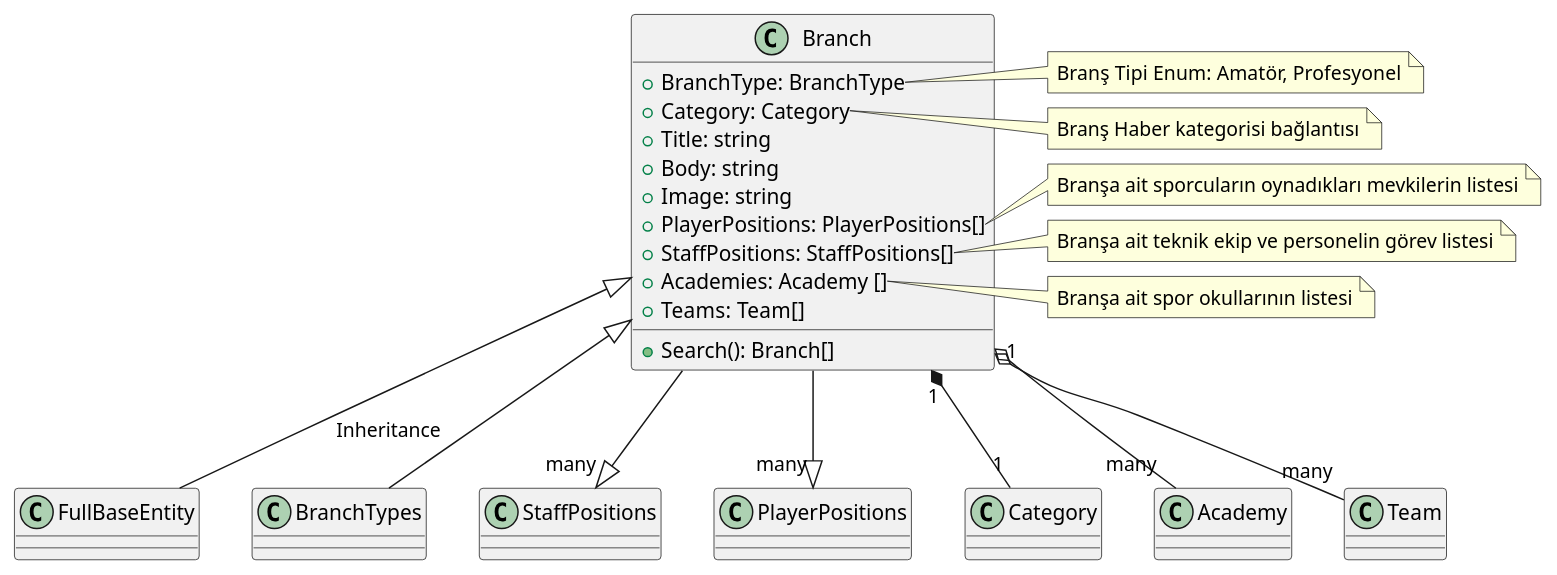
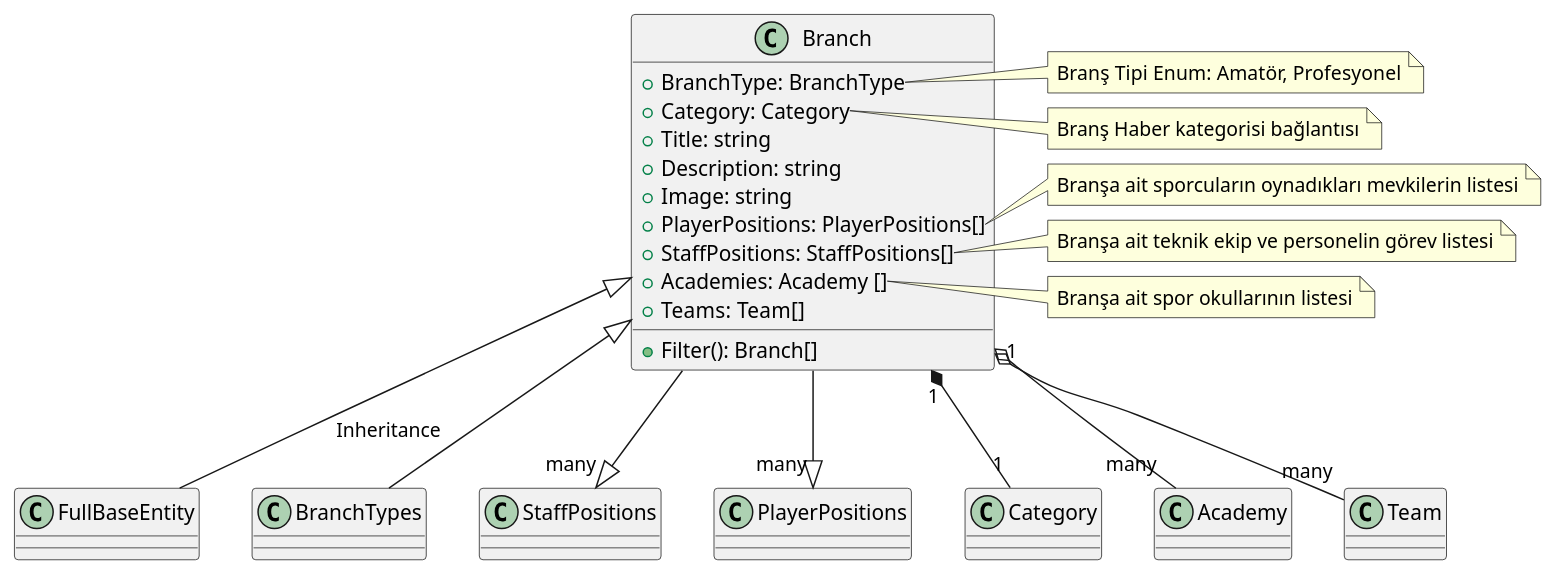
One commit to evrendev/sport-club changed the diagram in uml/Branch/Branch.puml. Above: the diagram before and after it, drawn with PlantUML. The commit also changed 40 other files, not shown here.

```diff
--- a/uml/Branch/Branch.puml
+++ b/uml/Branch/Branch.puml
@@ -1,45 +1,45 @@
 @startuml Branch Class Diagram
 
 class Branch  {
     + BranchType: BranchType
     + Category: Category
     + Title: string
-    + Body: string
+    + Description: string
     + Image: string
     + PlayerPositions: PlayerPositions[]
     + StaffPositions: StaffPositions[]
     + Academies: Academy []
     + Teams: Team[]
 
-    + Search(): Branch[]
+    + Filter(): Branch[]
 }
 
 Branch <|-- FullBaseEntity: Inheritance
 Branch <|-- BranchTypes
 Branch --|> "many" StaffPositions
 Branch --|> "many" PlayerPositions
 Branch "1" *-- "1" Category
 Branch o-- "many" Academy
 Branch "1" o-- "many" Team
 
 note right of Branch::BranchType
 Branş Tipi Enum: Amatör, Profesyonel
 end note
 
 note right of Branch::Category
 Branş Haber kategorisi bağlantısı
 end note
 
 note right of Branch::PlayerPositions
 Branşa ait sporcuların oynadıkları mevkilerin listesi
 end note
 
 note right of Branch::StaffPositions
 Branşa ait teknik ekip ve personelin görev listesi
 end note
 
 note right of Branch::Academies
 Branşa ait spor okullarının listesi
 end note
  
 @enduml
```
